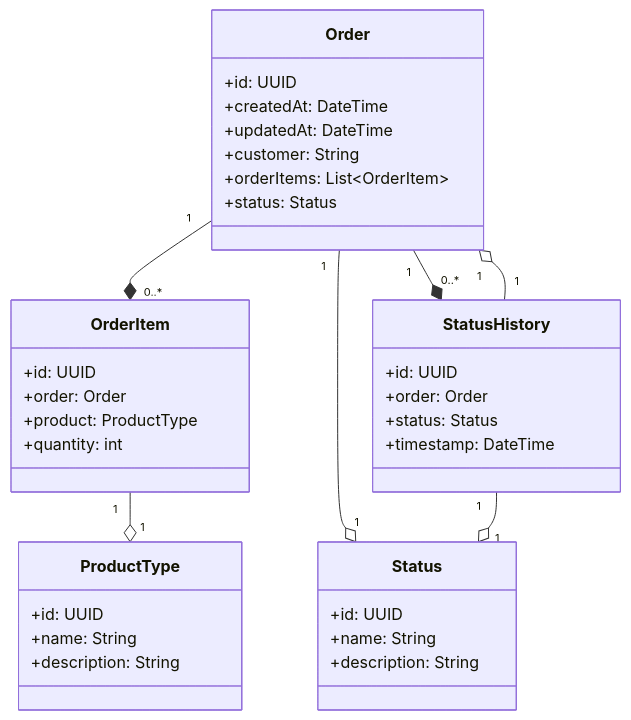
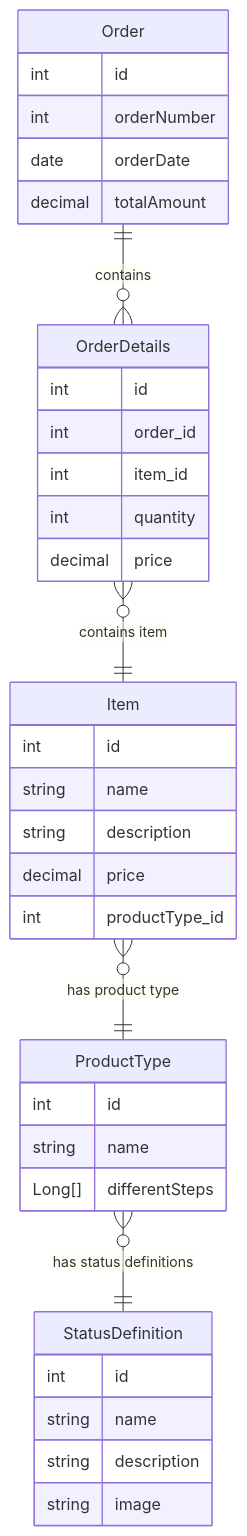
The diagram in database-schema.mmd (AugustGrane/Order-Status-Tracker), drawn with Mermaid before and after one commit.

Commit message:
added ERM model

```diff
--- a/database-schema.mmd
+++ b/database-schema.mmd
@@ -1,42 +1,41 @@
-classDiagram
-    class Order {
-        +id: UUID
-        +createdAt: DateTime
-        +updatedAt: DateTime
-        +customer: String
-        +orderItems: List~OrderItem~
-        +status: Status
+erDiagram
+    Order ||--o{ OrderDetails : contains
+    OrderDetails }o--|| Item : "contains item"
+    Item }o--|| ProductType : "has product type"
+    ProductType }o--|| StatusDefinition : "has status definitions"
+
+    Order {
+        int id
+        int orderNumber
+        date orderDate
+        decimal totalAmount
     }
 
-    class OrderItem {
-        +id: UUID
-        +order: Order
-        +product: ProductType
-        +quantity: int
+    OrderDetails {
+        int id
+        int order_id
+        int item_id
+        int quantity
+        decimal price
     }
 
-    class ProductType {
-        +id: UUID
-        +name: String
-        +description: String
+    Item {
+        int id
+        string name
+        string description
+        decimal price
+        int productType_id
     }
 
-    class Status {
-        +id: UUID
-        +name: String
-        +description: String
+    ProductType {
+        int id
+        string name
+        Long[] differentSteps
     }
 
-    class StatusHistory {
-        +id: UUID
-        +order: Order
-        +status: Status
-        +timestamp: DateTime
+    StatusDefinition {
+        int id
+        string name
+        string description
+        string image
     }
-
-    Order "1" --* "0..*" OrderItem
-    Order "1" --o "1" Status
-    Order "1" --* "0..*" StatusHistory
-    OrderItem "1" --o "1" ProductType
-    StatusHistory "1" --o "1" Status
-    StatusHistory "1" --o "1" Order
```
